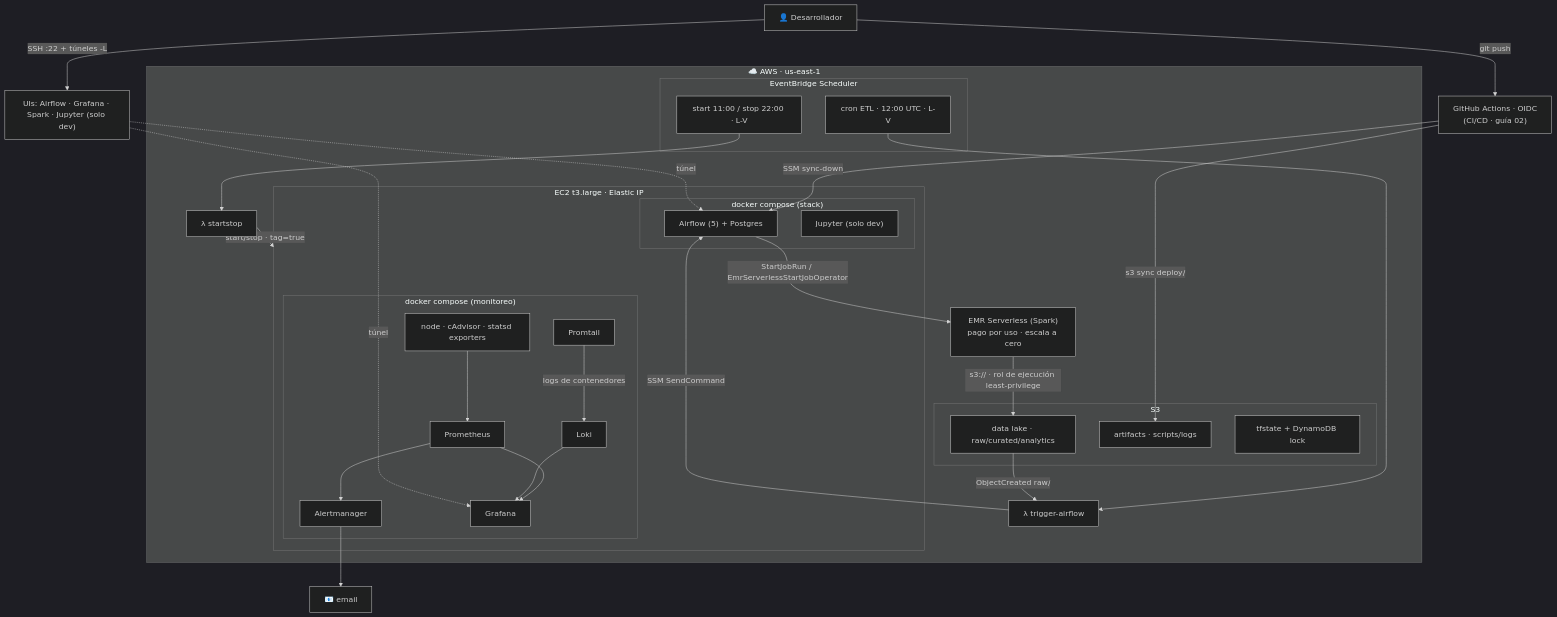
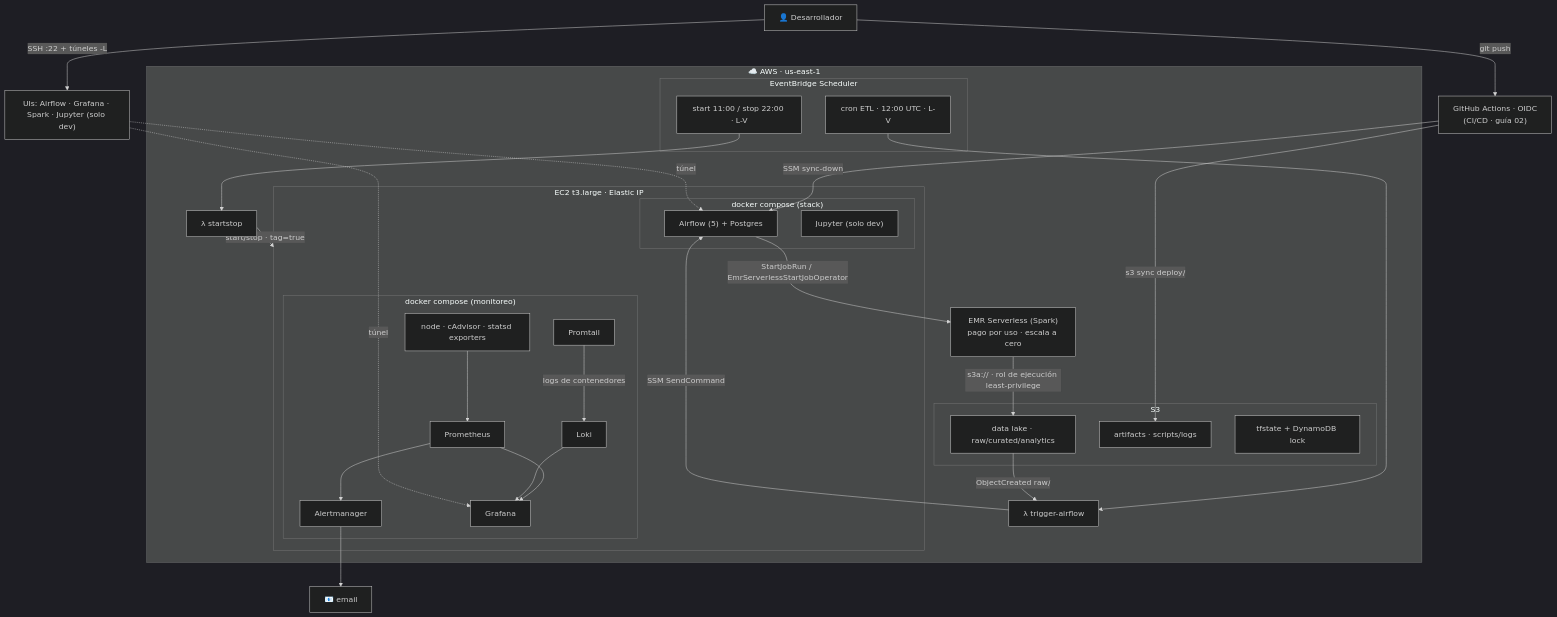
Before and after one commit to abantodca/pyspark_stack: the diagram in docs/03-arquitectura.md, drawn with Mermaid (dark theme). The commit also changed other lines of this file and 1 other file, not shown here.

````diff
--- a/docs/03-arquitectura.md
+++ b/docs/03-arquitectura.md
@@ -72,58 +72,58 @@
 ```mermaid
 flowchart TD
     dev["👤 Desarrollador"] -->|"SSH :22 + túneles -L"| ui["UIs: Airflow · Grafana · Spark · Jupyter (solo dev)"]
 
     subgraph AWS["☁️ AWS · us-east-1"]
         subgraph EB["EventBridge Scheduler"]
             cronETL["cron ETL · 12:00 UTC · L-V"]
             cronSS["start 11:00 / stop 22:00 · L-V"]
         end
         lTrig["λ trigger-airflow"]
         lSS["λ startstop"]
 
         subgraph EC2["EC2 t3.large · Elastic IP"]
             subgraph stack["docker compose (stack)"]
                 af["Airflow (5) + Postgres"]
                 jup["Jupyter (solo dev)"]
             end
             subgraph mon["docker compose (monitoreo)"]
                 exp["node · cAdvisor · statsd exporters"]
                 prom["Prometheus"]
                 am["Alertmanager"]
                 promtail["Promtail"]
                 loki["Loki"]
                 graf["Grafana"]
             end
         end
 
         emrs["EMR Serverless (Spark)<br/>pago por uso · escala a cero"]
 
         subgraph S3["S3"]
             dl["data lake · raw/curated/analytics"]
             art["artifacts · scripts/logs"]
             tf["tfstate + DynamoDB lock"]
         end
     end
 
     mail["📧 email"]
     gha["GitHub Actions · OIDC<br/>(CI/CD · guía 02)"]
 
     dev -->|"git push"| gha
     gha -->|"s3 sync deploy/"| art
     gha -->|"SSM sync-down"| af
     cronETL --> lTrig
     cronSS --> lSS
     dl -->|"ObjectCreated raw/"| lTrig
     lTrig -->|"SSM SendCommand"| af
     lSS -->|"start/stop · tag=true"| EC2
     af -->|"StartJobRun / EmrServerlessStartJobOperator"| emrs
-    emrs -->|"s3:// · rol de ejecución least-privilege"| dl
+    emrs -->|"s3a:// · rol de ejecución least-privilege"| dl
     exp --> prom
     prom --> am
     am --> mail
     prom --> graf
     promtail -->|"logs de contenedores"| loki
     loki --> graf
     ui -.->|túnel| graf
     ui -.->|túnel| af
 ```
````
